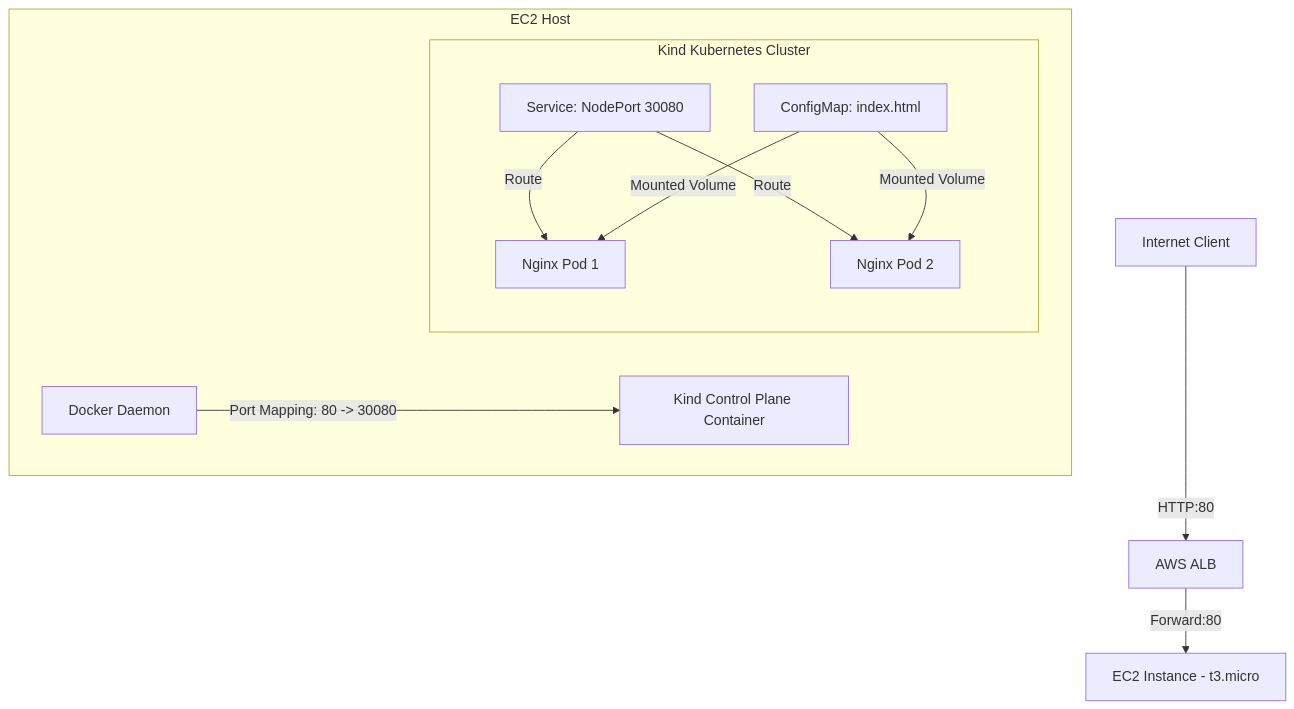
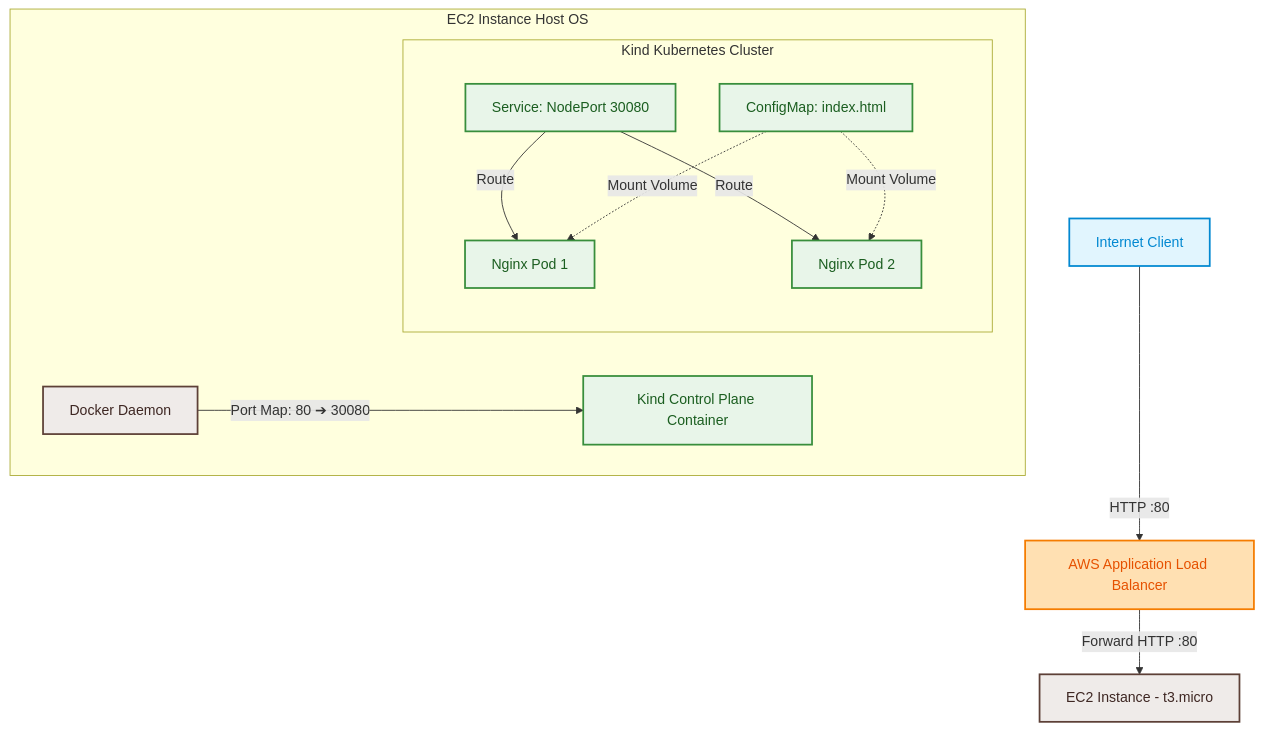
One commit to nabe39/vohongduc-aws-accelerator-p2 changed the first of 2 diagrams in cloud/w8/lab/README.md. Above: the diagram before and after it, drawn with Mermaid. The commit also changed other lines of this file, not shown here.

````diff
--- a/cloud/w8/lab/README.md
+++ b/cloud/w8/lab/README.md
@@ -11,14 +11,21 @@
 ```mermaid
 graph TD
-    Client[Internet Client] -->|HTTP:80| ALB[AWS ALB]
-    ALB -->|Forward:80| EC2[EC2 Instance - t3.micro]
-    subgraph EC2 Host
-        Docker[Docker Daemon] -->|Port Mapping: 80 -> 30080| KindNode[Kind Control Plane Container]
-        subgraph Kind Kubernetes Cluster
-            NodePort[Service: NodePort 30080] -->|Route| NginxPod1[Nginx Pod 1]
-            NodePort -->|Route| NginxPod2[Nginx Pod 2]
-            ConfigMap[ConfigMap: index.html] -->|Mounted Volume| NginxPod1
-            ConfigMap -->|Mounted Volume| NginxPod2
+    %% Define styles
+    classDef client fill:#e1f5fe,stroke:#0288d1,stroke-width:2px,color:#0288d1;
+    classDef aws fill:#ffe0b2,stroke:#f57c00,stroke-width:2px,color:#e65100;
+    classDef ec2 fill:#efebe9,stroke:#5d4037,stroke-width:2px,color:#3e2723;
+    classDef k8s fill:#e8f5e9,stroke:#388e3c,stroke-width:2px,color:#1b5e20;
+
+    Client[Internet Client]:::client -->|HTTP :80| ALB[AWS Application Load Balancer]:::aws
+    ALB -->|Forward HTTP :80| EC2[EC2 Instance - t3.micro]:::ec2
+    
+    subgraph EC2_Host [EC2 Instance Host OS]
+        Docker[Docker Daemon]:::ec2 -->|Port Map: 80 ➔ 30080| KindNode[Kind Control Plane Container]:::k8s
+        subgraph Kind_Cluster [Kind Kubernetes Cluster]
+            NodePort[Service: NodePort 30080]:::k8s -->|Route| NginxPod1[Nginx Pod 1]:::k8s
+            NodePort -->|Route| NginxPod2[Nginx Pod 2]:::k8s
+            ConfigMap[ConfigMap: index.html]:::k8s -.->|Mount Volume| NginxPod1
+            ConfigMap -.->|Mount Volume| NginxPod2
         end
     end
 ```
````
